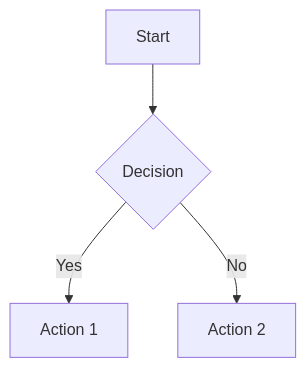
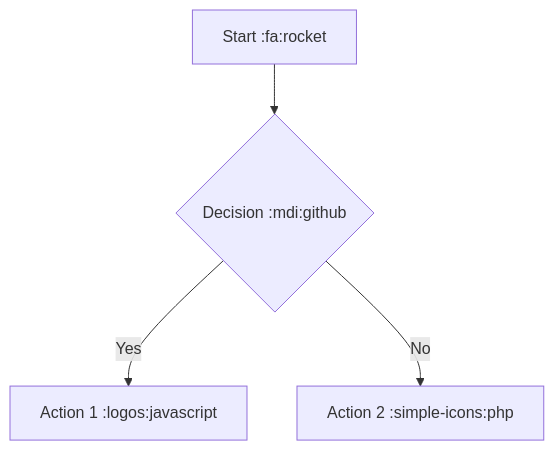
One commit to yllemo/Markdown-Knowledge-Base changed the diagram in README.md. Above: the diagram before and after it, drawn with Mermaid. The commit also changed other lines of this file and 4 other files, not shown here.

````diff
--- a/README.md
+++ b/README.md
@@ -128,6 +144,6 @@
 ```mermaid
 graph TD
-    A[Start] --> B{Decision}
-    B -->|Yes| C[Action 1]
-    B -->|No| D[Action 2]
+    A[Start :fa:rocket] --> B{Decision :mdi:github}
+    B -->|Yes| C[Action 1 :logos:javascript]
+    B -->|No| D[Action 2 :simple-icons:php]
 ```
````
